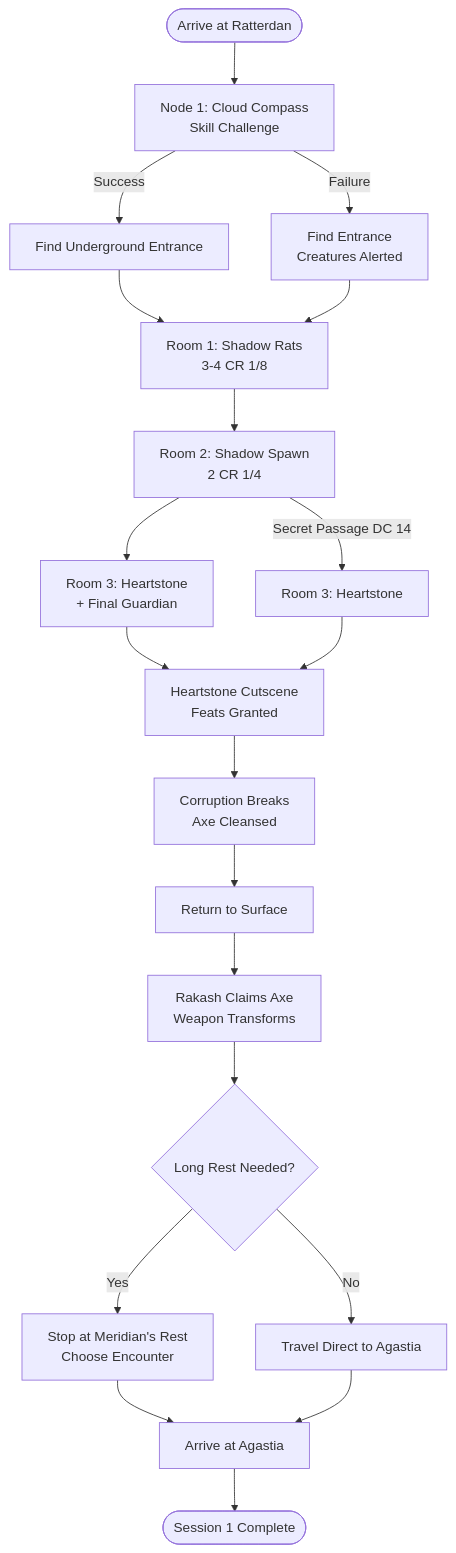
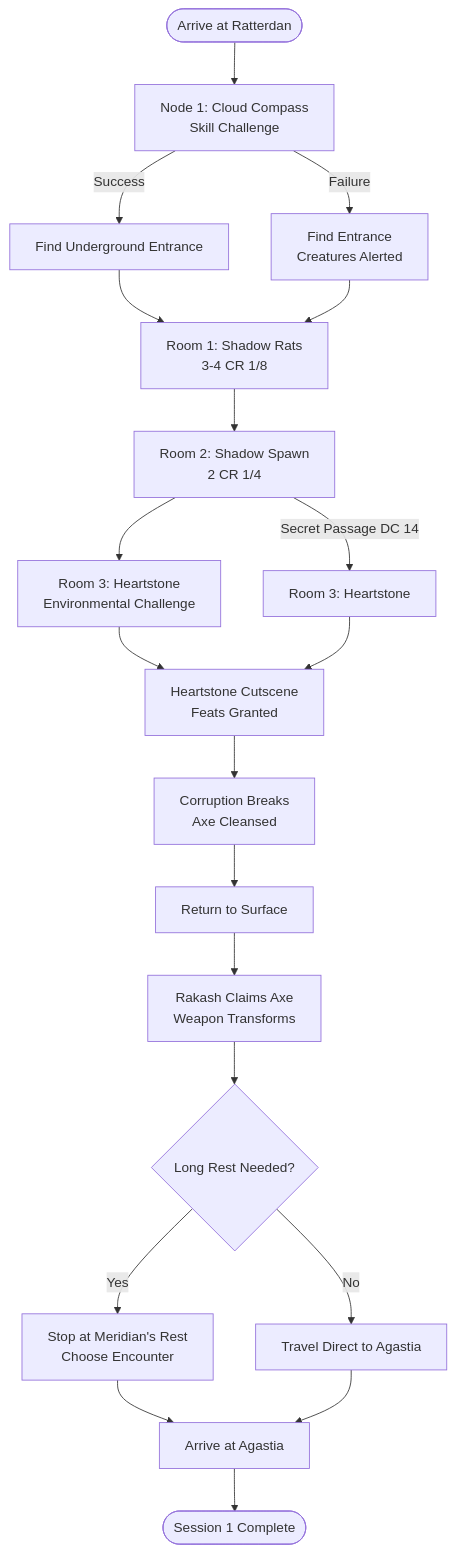
Before and after one commit to Skyreach/agastia-campaign: the diagram in Sessions/Session_1_Caravan_to_Ratterdan.md, drawn with Mermaid. The commit also changed other lines of this file and 1 other file, not shown here.

````diff
--- a/Sessions/Session_1_Caravan_to_Ratterdan.md
+++ b/Sessions/Session_1_Caravan_to_Ratterdan.md
@@ -441,33 +19,33 @@
 ```mermaid
 graph TD
     Start([Arrive at Ratterdan]) --> Node1[Node 1: Cloud Compass<br/>Skill Challenge]
 
     Node1 -->|Success| Enter[Find Underground Entrance]
     Node1 -->|Failure| EnterAlerted[Find Entrance<br/>Creatures Alerted]
 
     Enter --> Room1[Room 1: Shadow Rats<br/>3-4 CR 1/8]
     EnterAlerted --> Room1
 
     Room1 --> Room2[Room 2: Shadow Spawn<br/>2 CR 1/4]
     Room2 --> |Secret Passage DC 14| Room3Direct[Room 3: Heartstone]
-    Room2 --> Room3[Room 3: Heartstone<br/>+ Final Guardian]
+    Room2 --> Room3[Room 3: Heartstone<br/>Environmental Challenge]
 
     Room3 --> Cutscene[Heartstone Cutscene<br/>Feats Granted]
     Room3Direct --> Cutscene
 
     Cutscene --> CorruptionBreak[Corruption Breaks<br/>Axe Cleansed]
 
     CorruptionBreak --> Surface[Return to Surface]
 
     Surface --> RakashClaim[Rakash Claims Axe<br/>Weapon Transforms]
 
     RakashClaim --> TravelChoice{Long Rest Needed?}
 
     TravelChoice -->|Yes| Meridian[Stop at Meridian's Rest<br/>Choose Encounter]
     TravelChoice -->|No| AgastiaDirect[Travel Direct to Agastia]
 
     Meridian --> Agastia[Arrive at Agastia]
     AgastiaDirect --> Agastia
 
     Agastia --> End([Session 1 Complete])
 ```
````
